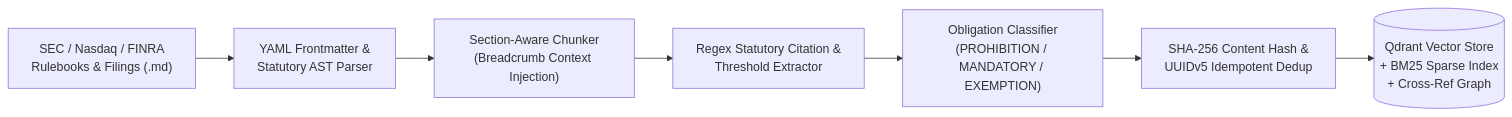
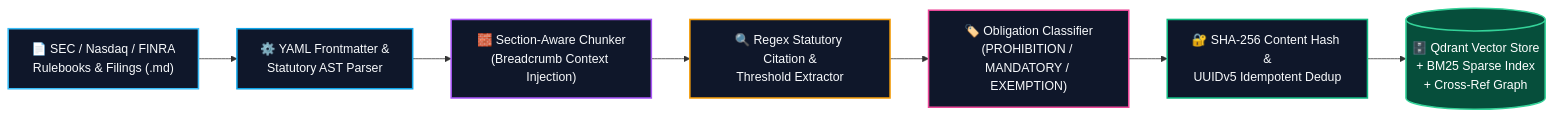
The first of 2 diagrams in README.md (meenub255/FinReg-Graph-Agentic-Regulatory-Compliance-Market-Surveillance-RAG-Engine), drawn with Mermaid before and after one commit. The commit also changed other lines of this file and 7 other files, not shown here.

````diff
--- a/README.md
+++ b/README.md
@@ -45,9 +95,17 @@
 ```mermaid
 flowchart LR
-    A["SEC / Nasdaq / FINRA\nRulebooks & Filings (.md)"] --> B["YAML Frontmatter &\nStatutory AST Parser"]
-    B --> C["Section-Aware Chunker\n(Breadcrumb Context Injection)"]
-    C --> D["Regex Statutory Citation &\nThreshold Extractor"]
-    D --> E["Obligation Classifier\n(PROHIBITION / MANDATORY / EXEMPTION)"]
-    E --> F["SHA-256 Content Hash &\nUUIDv5 Idempotent Dedup"]
-    F --> G[("Qdrant Vector Store\n+ BM25 Sparse Index\n+ Cross-Ref Graph")]
+    A["📄 SEC / Nasdaq / FINRA\nRulebooks & Filings (.md)"] --> B["⚙️ YAML Frontmatter &\nStatutory AST Parser"]
+    B --> C["🧱 Section-Aware Chunker\n(Breadcrumb Context Injection)"]
+    C --> D["🔍 Regex Statutory Citation &\nThreshold Extractor"]
+    D --> E["🏷️ Obligation Classifier\n(PROHIBITION / MANDATORY / EXEMPTION)"]
+    E --> F["🔐 SHA-256 Content Hash &\nUUIDv5 Idempotent Dedup"]
+    F --> G[("🗄️ Qdrant Vector Store\n+ BM25 Sparse Index\n+ Cross-Ref Graph")]
+
+    style A fill:#0f172a,stroke:#38bdf8,stroke-width:2px,color:#f8fafc
+    style B fill:#0f172a,stroke:#0ea5e9,stroke-width:2px,color:#f8fafc
+    style C fill:#0f172a,stroke:#a855f7,stroke-width:2px,color:#f8fafc
+    style D fill:#0f172a,stroke:#f59e0b,stroke-width:2px,color:#f8fafc
+    style E fill:#0f172a,stroke:#ec4899,stroke-width:2px,color:#f8fafc
+    style F fill:#0f172a,stroke:#10b981,stroke-width:2px,color:#f8fafc
+    style G fill:#064e3b,stroke:#34d399,stroke-width:2px,color:#ffffff
 ```
````
